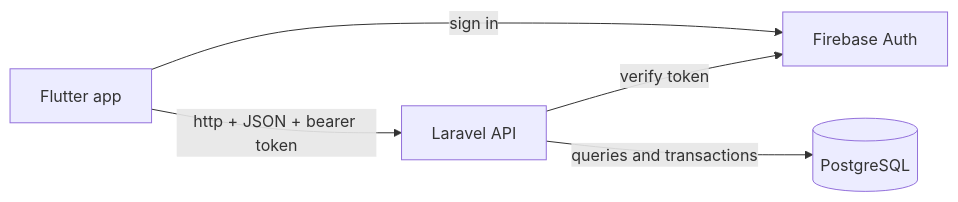
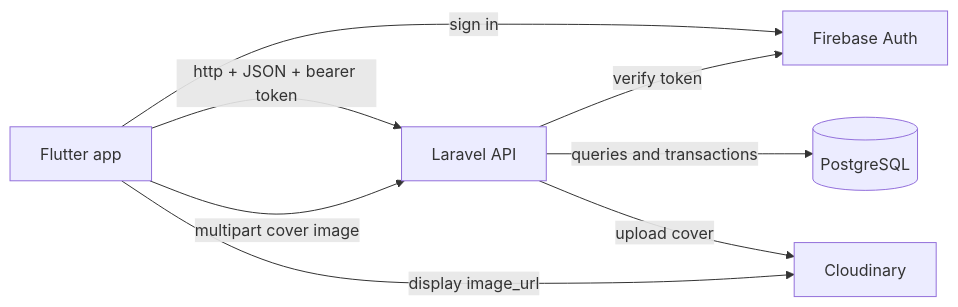
Before and after one commit to SunSovisal/event-ticketing: the fourth of 4 diagrams in docs/document.md, drawn with Mermaid. The commit also changed other lines of this file, not shown here.

First line of the commit message:
Document optional Cloudinary event cover images in MVP v2.7.

````diff
--- a/docs/document.md
+++ b/docs/document.md
@@ -297,7 +302,10 @@
 ```mermaid
 flowchart LR
   F[Flutter app] -->|sign in| A[Firebase Auth]
   F -->|http + JSON + bearer token| L[Laravel API]
+  F -->|multipart cover image| L
   L -->|verify token| A
   L -->|queries and transactions| P[(PostgreSQL)]
+  L -->|upload cover| C[Cloudinary]
+  F -->|display image_url| C
 ```
````
